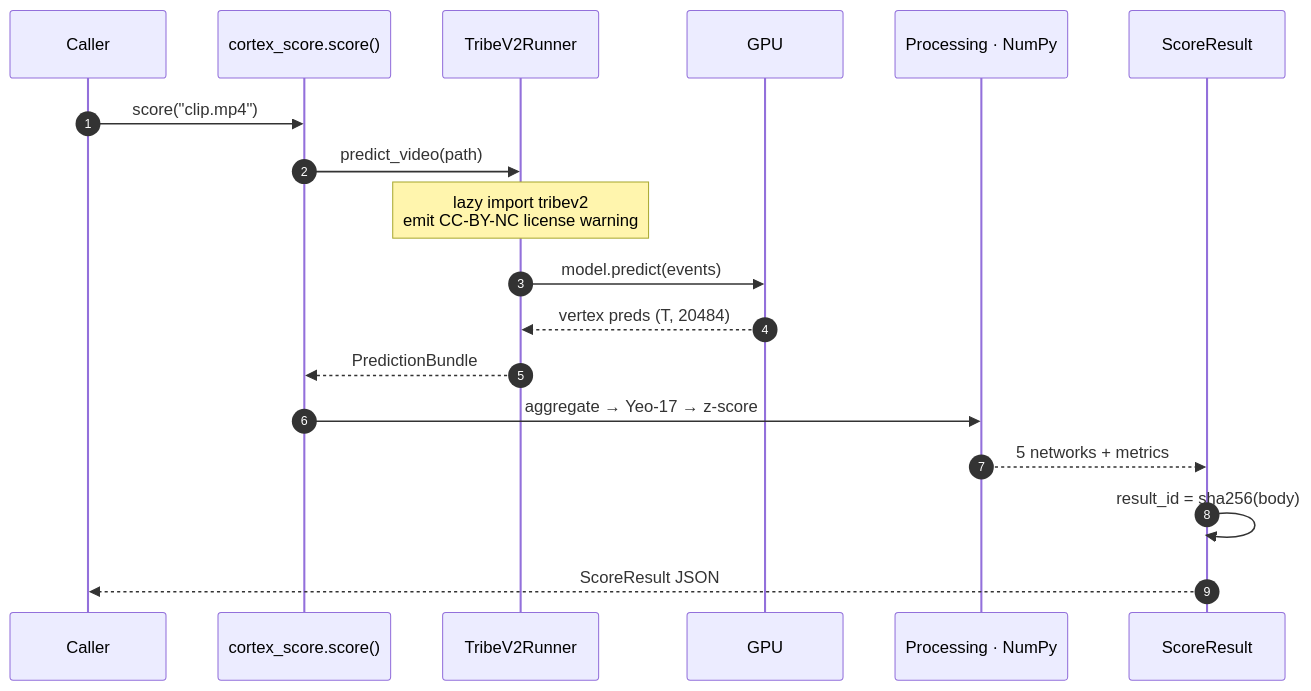
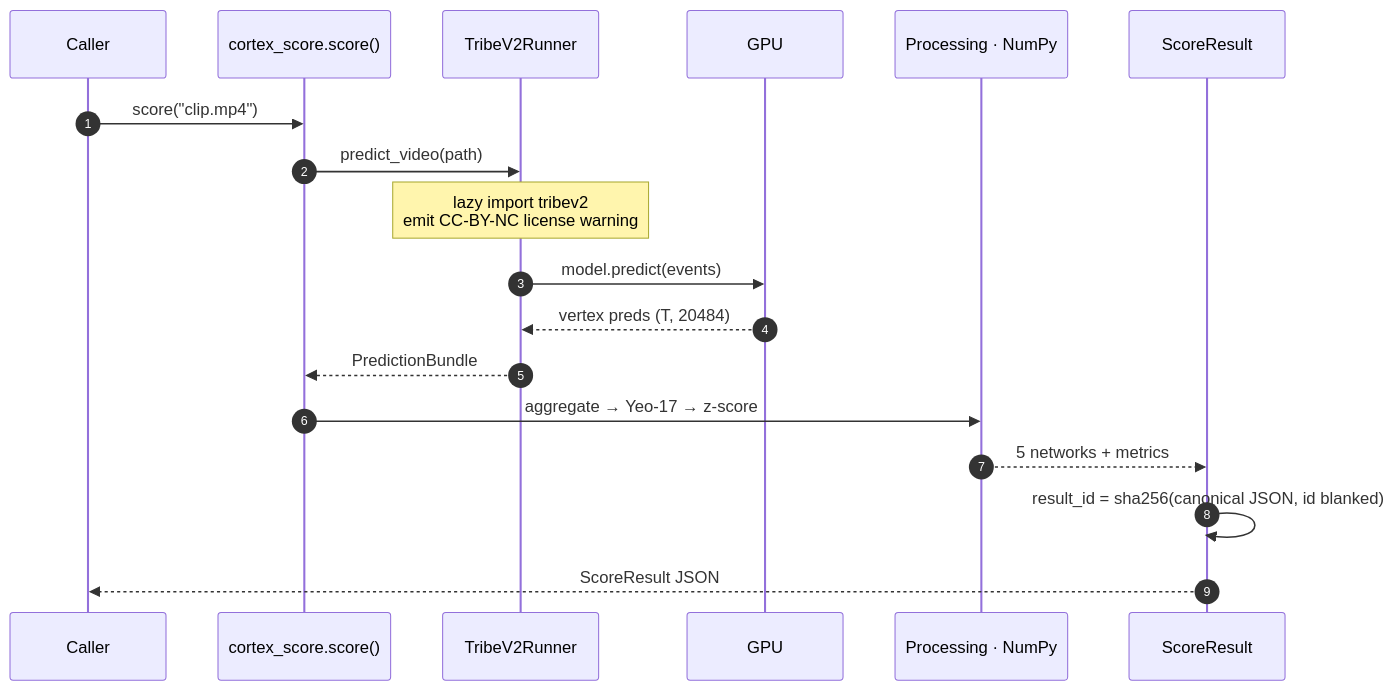
The third of 3 diagrams in README.md (madhavcodez/cortex-score), drawn with Mermaid before and after one commit. The commit also changed other lines of this file and 24 other files, not shown here.

````diff
--- a/README.md
+++ b/README.md
@@ -100,21 +101,21 @@
 ```mermaid
 sequenceDiagram
     autonumber
     participant U as Caller
     participant API as cortex_score.score()
     participant RUN as TribeV2Runner
     participant CUDA as GPU
     participant POST as Processing · NumPy
     participant SCH as ScoreResult
 
     U->>API: score("clip.mp4")
     API->>RUN: predict_video(path)
     Note over RUN: lazy import tribev2<br/>emit CC-BY-NC license warning
     RUN->>CUDA: model.predict(events)
     CUDA-->>RUN: vertex preds (T, 20484)
     RUN-->>API: PredictionBundle
     API->>POST: aggregate → Yeo-17 → z-score
     POST-->>SCH: 5 networks + metrics
-    SCH->>SCH: result_id = sha256(body)
+    SCH->>SCH: result_id = sha256(canonical JSON, id blanked)
     SCH-->>U: ScoreResult JSON
 ```
````
